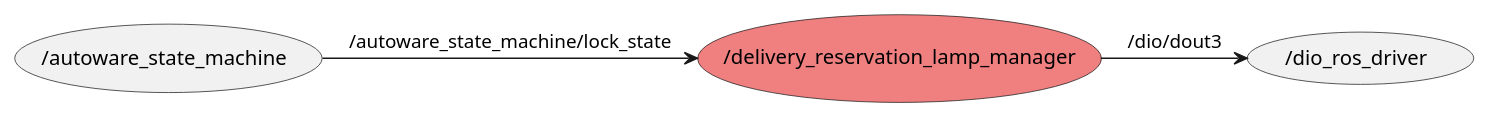
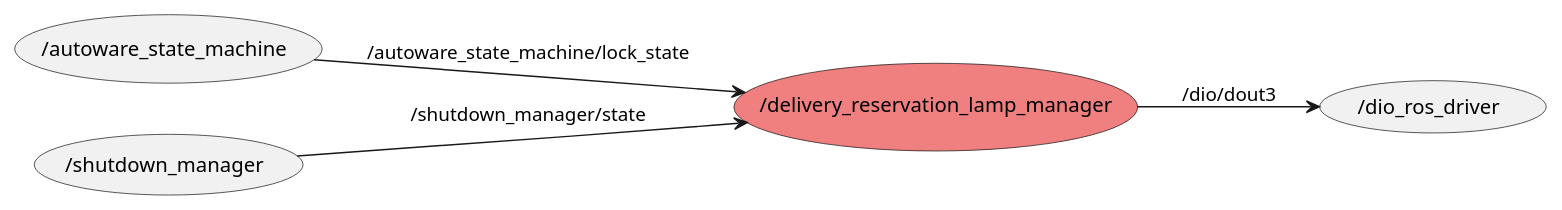
One commit to eve-autonomy/delivery_reservation_lamp_manager changed the diagram in docs/node_graph.pu. Above: the diagram before and after it, drawn with PlantUML. The commit also changed 4 other files, not shown here.

```diff
--- a/docs/node_graph.pu
+++ b/docs/node_graph.pu
@@ -1,11 +1,15 @@
 @startuml
 
+left to right direction
+
 usecase "/autoware_state_machine"
+usecase "/shutdown_manager"
 usecase "/delivery_reservation_lamp_manager" #LightCoral
 usecase "/dio_ros_driver"
 
-(/autoware_state_machine) -> (/delivery_reservation_lamp_manager) : /autoware_state_machine/lock_state
+(/autoware_state_machine) --> (/delivery_reservation_lamp_manager) : /autoware_state_machine/lock_state
+(/shutdown_manager) --> (/delivery_reservation_lamp_manager) : /shutdown_manager/state
 
-(/delivery_reservation_lamp_manager) -> (/dio_ros_driver) : /dio/dout3
+(/delivery_reservation_lamp_manager) --> (/dio_ros_driver) : /dio/dout3
 
 @enduml
```
